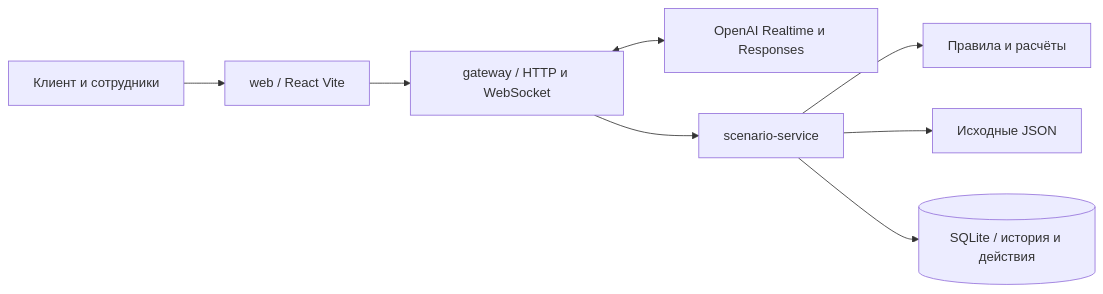
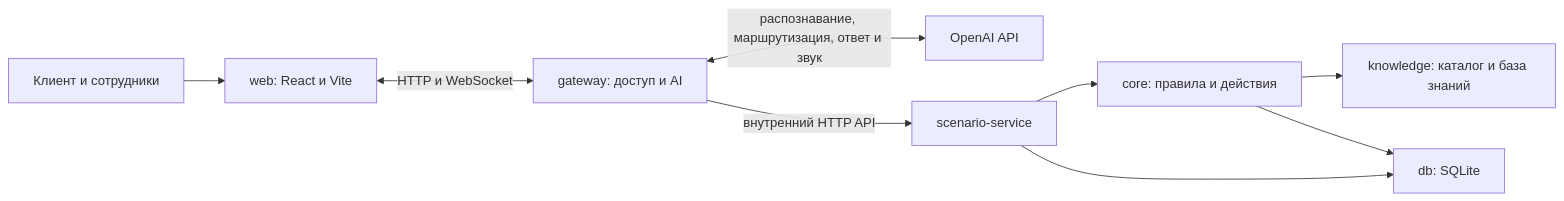
Before and after one commit to BAITC-Hacks/hack-7b90b090-qosqanat: the diagram in README.md, drawn with Mermaid. The commit also changed other lines of this file and 1 other file, not shown here.

````diff
--- a/README.md
+++ b/README.md
@@ -57,10 +63,11 @@
 ```mermaid
 flowchart LR
-  Browser[Клиент и сотрудники] --> Web[web / React Vite]
-  Web --> Gateway[gateway / HTTP и WebSocket]
-  Gateway <--> OpenAI[OpenAI Realtime и Responses]
-  Gateway --> Scenario[scenario-service]
-  Scenario --> Core[Правила и расчёты]
-  Scenario --> Knowledge[Исходные JSON]
-  Scenario --> SQLite[(SQLite / история и действия)]
+    Client[Клиент и сотрудники] --> Web[web: React и Vite]
+    Web <-->|HTTP и WebSocket| Gateway[gateway: доступ и AI]
+    Gateway <-->|распознавание, маршрутизация, ответ и звук| OpenAI[OpenAI API]
+    Gateway -->|внутренний HTTP API| Scenario[scenario-service]
+    Scenario --> Core[core: правила и действия]
+    Core --> Knowledge[knowledge: каталог и база знаний]
+    Scenario --> DB[db: SQLite]
+    Core --> DB
 ```
````
